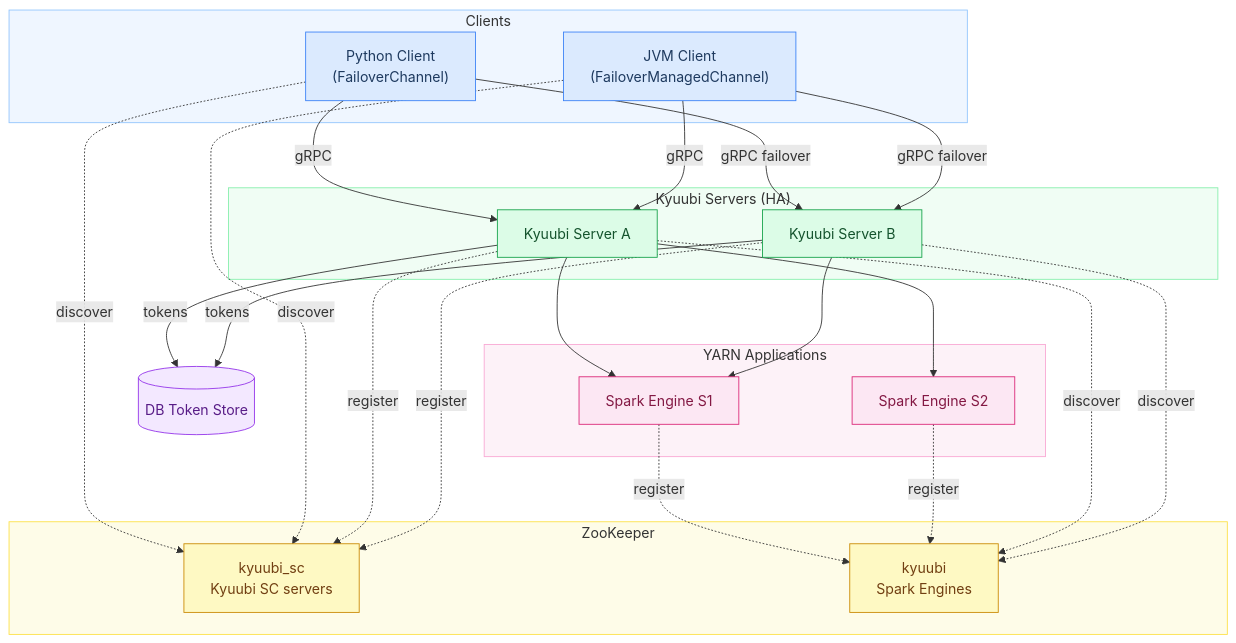
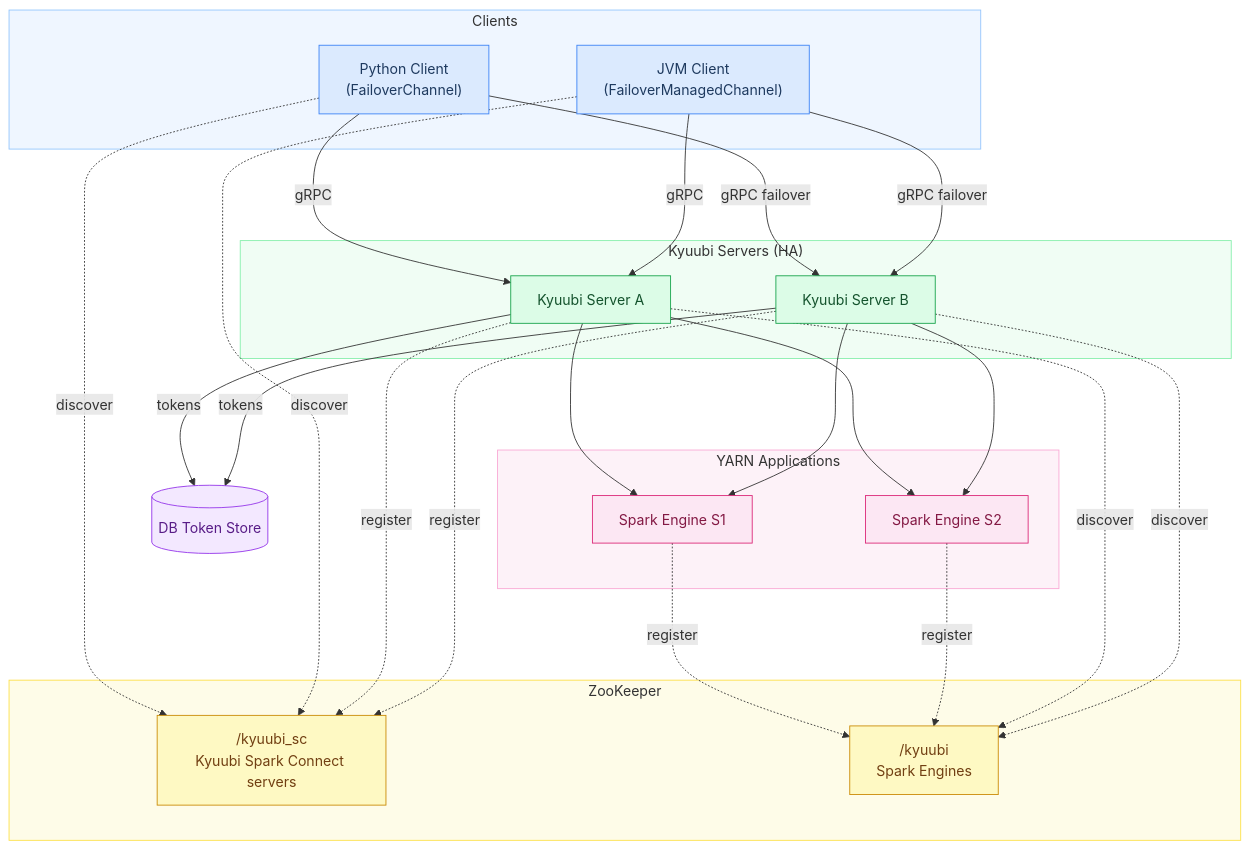
One commit to arenadata/kyuubi changed the diagram in docs/spark_connect/spark_connect_ha_architecture.mmd. Above: the diagram before and after it, drawn with Mermaid.

Commit message:
ADH-8176: docs/spark_connect/spark_connect_ha_architecture.mmd: added rankSpacing 80, small fixes

```diff
--- a/docs/spark_connect/spark_connect_ha_architecture.mmd
+++ b/docs/spark_connect/spark_connect_ha_architecture.mmd
@@ -1,62 +1,69 @@
+---
+config:
+  flowchart:
+    rankSpacing: 80
+---
+
 graph TB
     subgraph Clients
         PY["Python Client\n(FailoverChannel)"]
         JVM["JVM Client\n(FailoverManagedChannel)"]
     end
 
     subgraph ZK["ZooKeeper"]
-        ZK_SC["kyuubi_sc\nKyuubi SC servers"]
-        ZK_ENG["kyuubi\nSpark Engines"]
+        ZK_SC["/kyuubi_sc\nKyuubi Spark Connect servers"]
+        ZK_ENG["/kyuubi\nSpark Engines"]
     end
 
     subgraph HA["Kyuubi Servers (HA)"]
         KA["Kyuubi Server A"]
         KB["Kyuubi Server B"]
     end
 
     DB[("DB Token Store")]
 
     subgraph Engines["YARN Applications"]
         E1["Spark Engine S1"]
         E2["Spark Engine S2"]
     end
 
     PY -- "gRPC" --> KA
     PY -- "gRPC failover" --> KB
     JVM -- "gRPC" --> KA
     JVM -- "gRPC failover" --> KB
 
     PY -. "discover" .-> ZK_SC
     JVM -. "discover" .-> ZK_SC
 
     KA -. "register" .-> ZK_SC
     KB -. "register" .-> ZK_SC
 
     KA -- "tokens" --> DB
     KB -- "tokens" --> DB
 
     KA --> E1
     KB --> E1
     KA --> E2
+    KB --> E2
 
     E1 -. "register" .-> ZK_ENG
     E2 -. "register" .-> ZK_ENG
     KA -. "discover" .-> ZK_ENG
     KB -. "discover" .-> ZK_ENG
 
     classDef client fill:#dbeafe,stroke:#3b82f6,color:#1e3a5f
     classDef kyuubi fill:#dcfce7,stroke:#16a34a,color:#14532d
     classDef zk fill:#fef9c3,stroke:#ca8a04,color:#713f12
     classDef engine fill:#fce7f3,stroke:#db2777,color:#831843
     classDef db fill:#f3e8ff,stroke:#9333ea,color:#581c87
 
     class PY,JVM client
     class KA,KB kyuubi
     class ZK_SC,ZK_ENG zk
     class E1,E2 engine
     class DB db
 
     style Clients fill:#eff6ff,stroke:#93c5fd
     style HA fill:#f0fdf4,stroke:#86efac
     style ZK fill:#fefce8,stroke:#fde047
     style Engines fill:#fdf2f8,stroke:#f9a8d4
```
